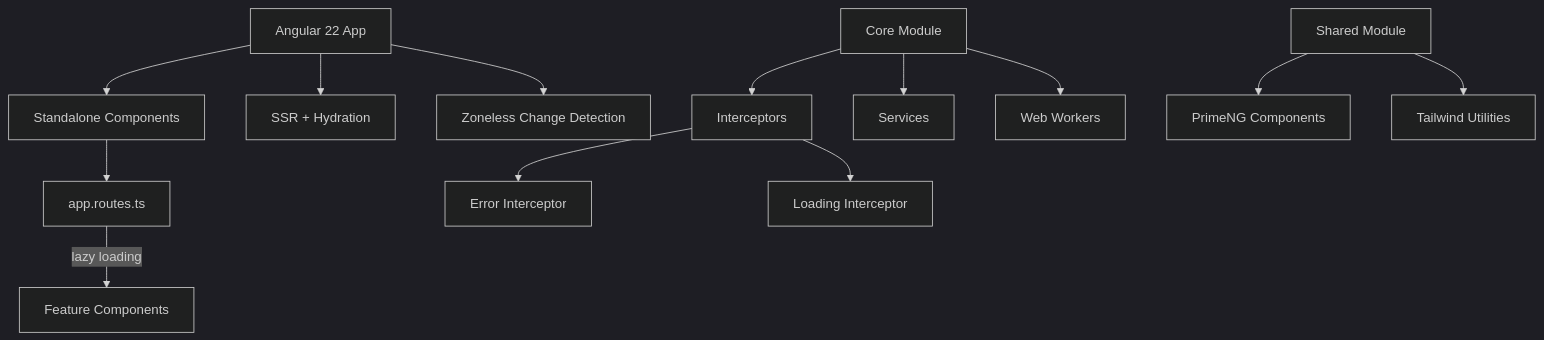
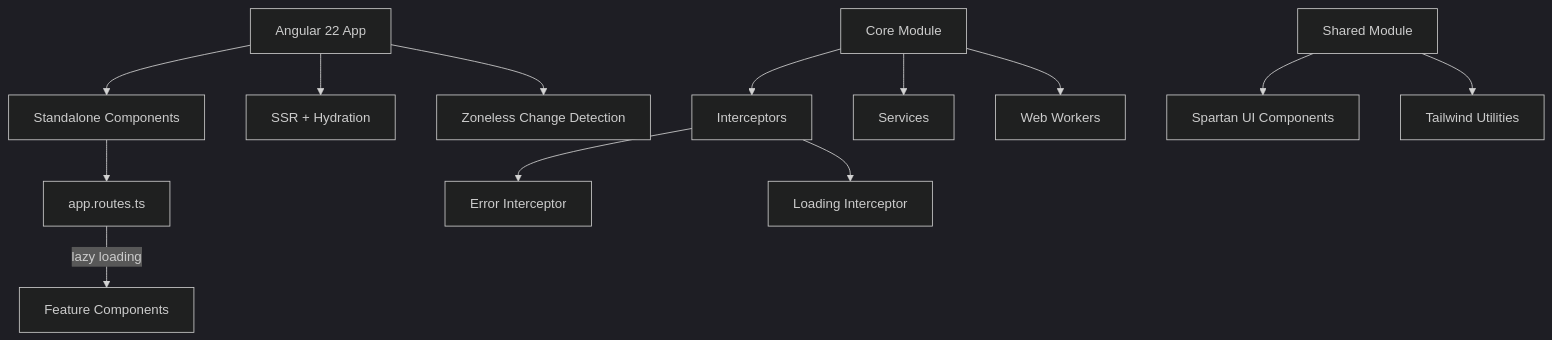
Before and after one commit to mmdj04/opencode-angular: the first of 3 diagrams in README.md, drawn with Mermaid (dark theme). The commit also changed other lines of this file and 412 other files, not shown here.

````diff
--- a/README.md
+++ b/README.md
@@ -26,19 +26,19 @@
 ```mermaid
 flowchart TD
     A[Angular 22 App] --> B[Standalone Components]
     A --> C[SSR + Hydration]
     A --> D[Zoneless Change Detection]
 
     B --> E[app.routes.ts]
     E -->|lazy loading| F[Feature Components]
 
     G[Core Module] --> H[Interceptors]
     G --> I[Services]
     G --> J[Web Workers]
 
     H --> K[Error Interceptor]
     H --> L[Loading Interceptor]
 
-    M[Shared Module] --> N[PrimeNG Components]
+    M[Shared Module] --> N[Spartan UI Components]
     M --> O[Tailwind Utilities]
 ```
````
